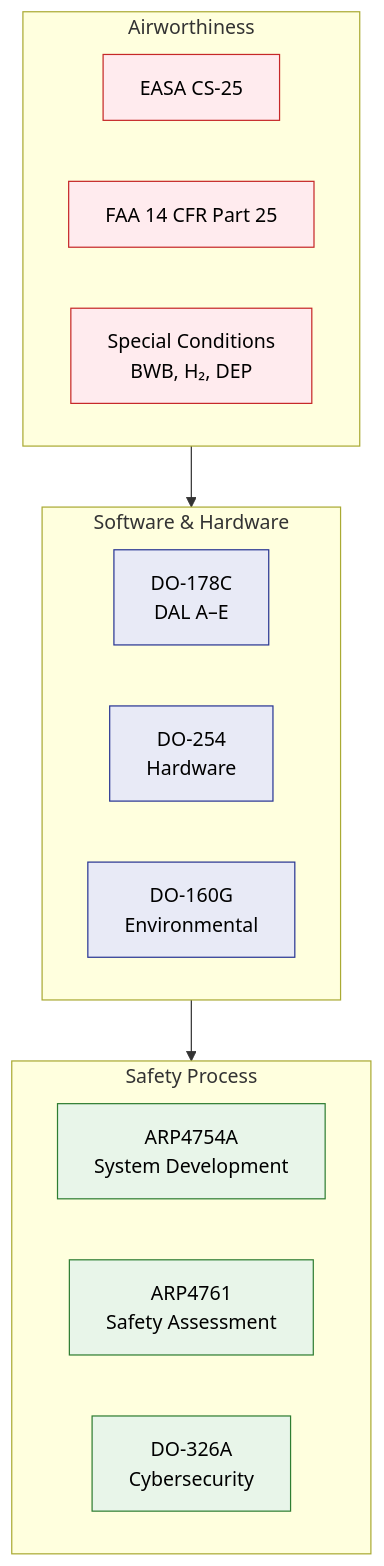
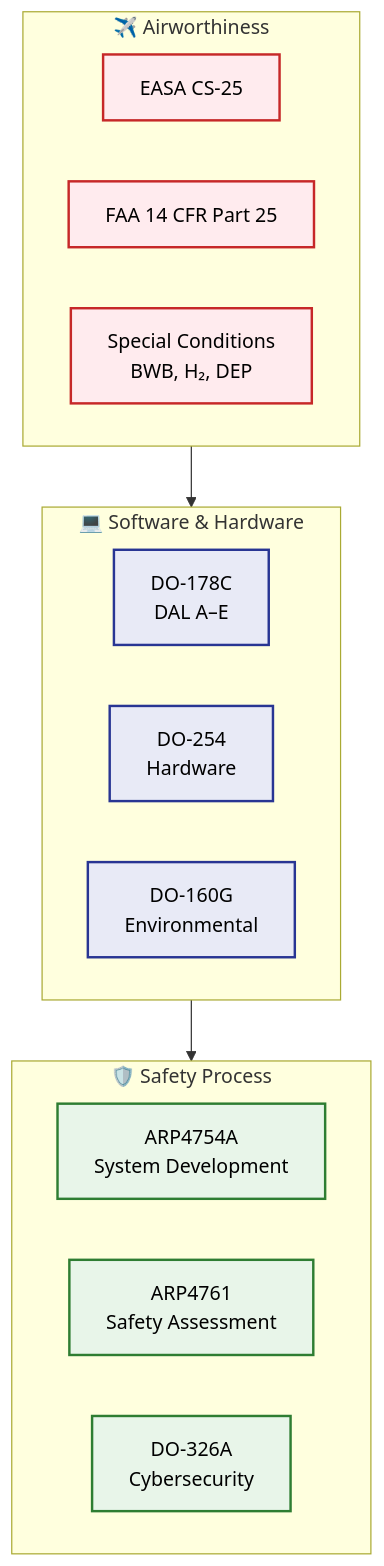
The sixth of 9 diagrams in README.md (AmedeoPelliccia/AMPEL360-BWB-H2-Hy-E), drawn with Mermaid before and after one commit. The commit also changed other lines of this file, not shown here.

````diff
--- a/README.md
+++ b/README.md
@@ -314,37 +337,32 @@
 ```mermaid
 flowchart TB
-    subgraph Primary["Airworthiness"]
+    subgraph Primary["✈️ Airworthiness"]
         EASA["EASA CS-25"]
         FAA["FAA 14 CFR Part 25"]
         SC["Special Conditions<br/>BWB, H₂, DEP"]
     end
 
-    subgraph SW["Software & Hardware"]
+    subgraph SW["💻 Software & Hardware"]
         DO178["DO-178C<br/>DAL A–E"]
         DO254["DO-254<br/>Hardware"]
         DO160["DO-160G<br/>Environmental"]
     end
 
-    subgraph Safety["Safety Process"]
+    subgraph Safety["🛡️ Safety Process"]
         ARP4754["ARP4754A<br/>System Development"]
         ARP4761["ARP4761<br/>Safety Assessment"]
         DO326["DO-326A<br/>Cybersecurity"]
     end
 
     Primary --> SW --> Safety
 
-    %% Airworthiness nodes
-    style EASA fill:#ffebee,stroke:#c62828,stroke-width:1px,color:#000
-    style FAA fill:#ffebee,stroke:#c62828,stroke-width:1px,color:#000
-    style SC   fill:#ffebee,stroke:#c62828,stroke-width:1px,color:#000
-
-    %% Software & Hardware nodes
-    style DO178 fill:#e8eaf6,stroke:#283593,stroke-width:1px,color:#000
-    style DO254 fill:#e8eaf6,stroke:#283593,stroke-width:1px,color:#000
-    style DO160 fill:#e8eaf6,stroke:#283593,stroke-width:1px,color:#000
-
-    %% Safety Process nodes
-    style ARP4754 fill:#e8f5e9,stroke:#2e7d32,stroke-width:1px,color:#000
-    style ARP4761 fill:#e8f5e9,stroke:#2e7d32,stroke-width:1px,color:#000
-    style DO326  fill:#e8f5e9,stroke:#2e7d32,stroke-width:1px,color:#000
+    style EASA fill:#ffebee,stroke:#c62828,stroke-width:2px,color:#000
+    style FAA fill:#ffebee,stroke:#c62828,stroke-width:2px,color:#000
+    style SC fill:#ffebee,stroke:#c62828,stroke-width:2px,color:#000
+    style DO178 fill:#e8eaf6,stroke:#283593,stroke-width:2px,color:#000
+    style DO254 fill:#e8eaf6,stroke:#283593,stroke-width:2px,color:#000
+    style DO160 fill:#e8eaf6,stroke:#283593,stroke-width:2px,color:#000
+    style ARP4754 fill:#e8f5e9,stroke:#2e7d32,stroke-width:2px,color:#000
+    style ARP4761 fill:#e8f5e9,stroke:#2e7d32,stroke-width:2px,color:#000
+    style DO326 fill:#e8f5e9,stroke:#2e7d32,stroke-width:2px,color:#000
 ```
````
